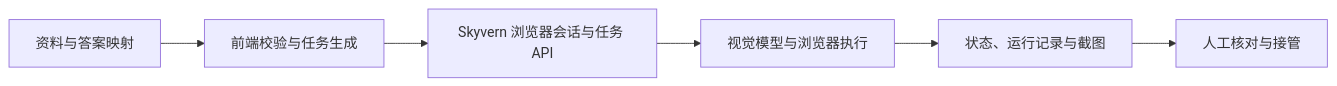
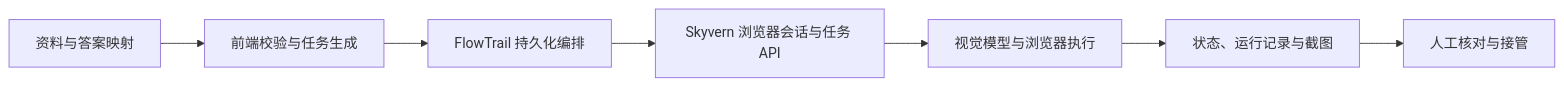
One commit to unumbrela/flowtrail changed the diagram in README.md. Above: the diagram before and after it, drawn with Mermaid. The commit also changed other lines of this file and 46 other files, not shown here.

First line of the commit message:
[FlowTrail] Add durable task lifecycle and evidence-based evaluation

````diff
--- a/README.md
+++ b/README.md
@@ -62,8 +64,9 @@
 ```mermaid
 flowchart LR
     A[资料与答案映射] --> B[前端校验与任务生成]
-    B --> C[Skyvern 浏览器会话与任务 API]
+    B --> G[FlowTrail 持久化编排]
+    G --> C[Skyvern 浏览器会话与任务 API]
     C --> D[视觉模型与浏览器执行]
     D --> E[状态、运行记录与截图]
     E --> F[人工核对与接管]
 ```
````
